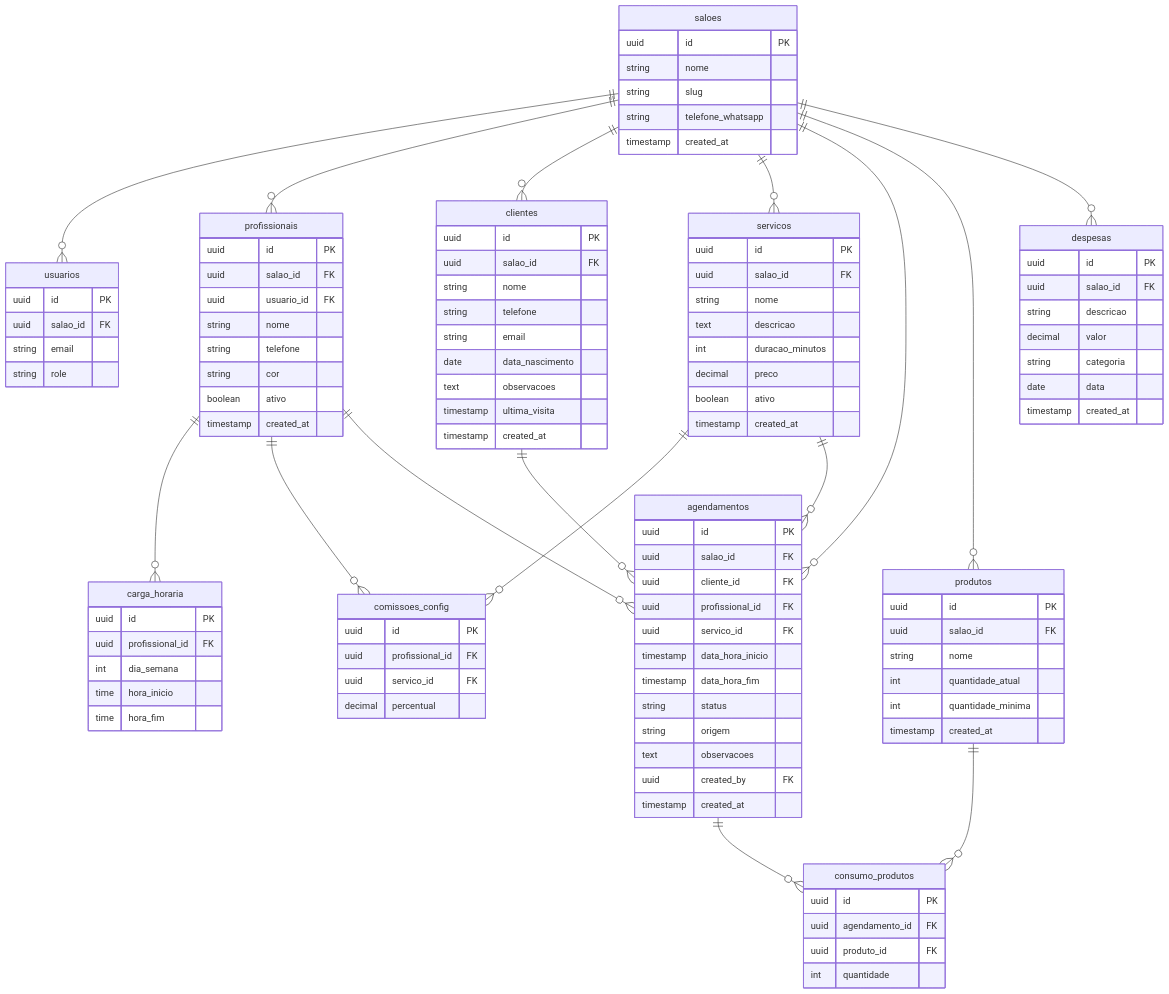
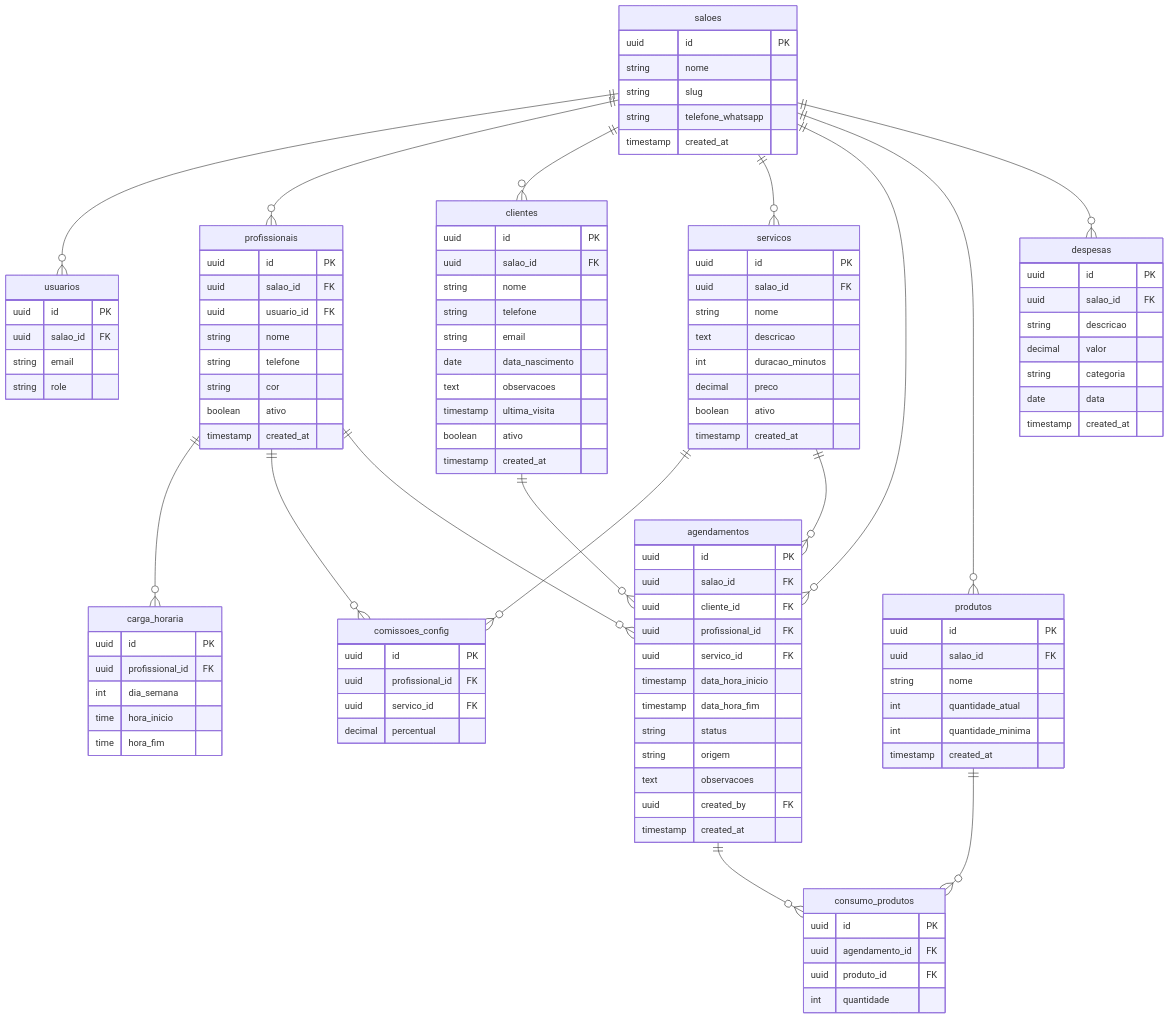
Before and after one commit to DiegoNexa/Nexa: the seventh of 7 diagrams in DIAGRAM.md, drawn with Mermaid. The commit also changed 8 other files, not shown here.

First line of the commit message:
feat: CRUD completo de clientes (Phase 3 do roadmap)

```diff
--- a/DIAGRAM.md
+++ b/DIAGRAM.md
@@ -220,6 +220,7 @@
         date data_nascimento
         text observacoes
         timestamp ultima_visita
+        boolean ativo
         timestamp created_at
     }
 
```
